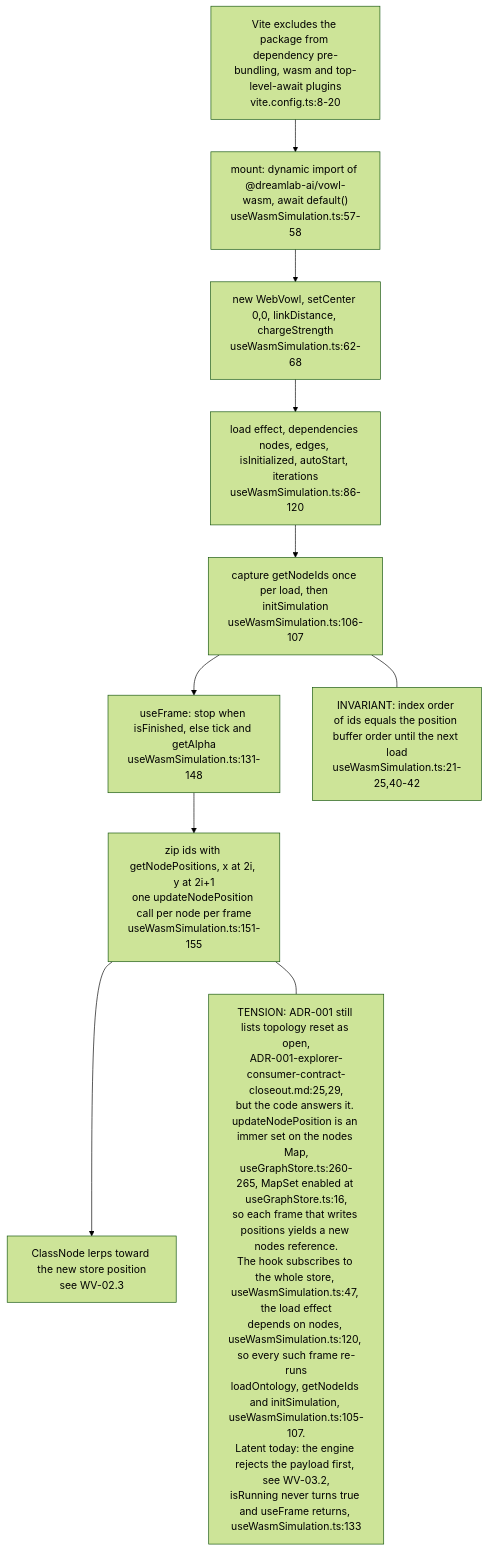
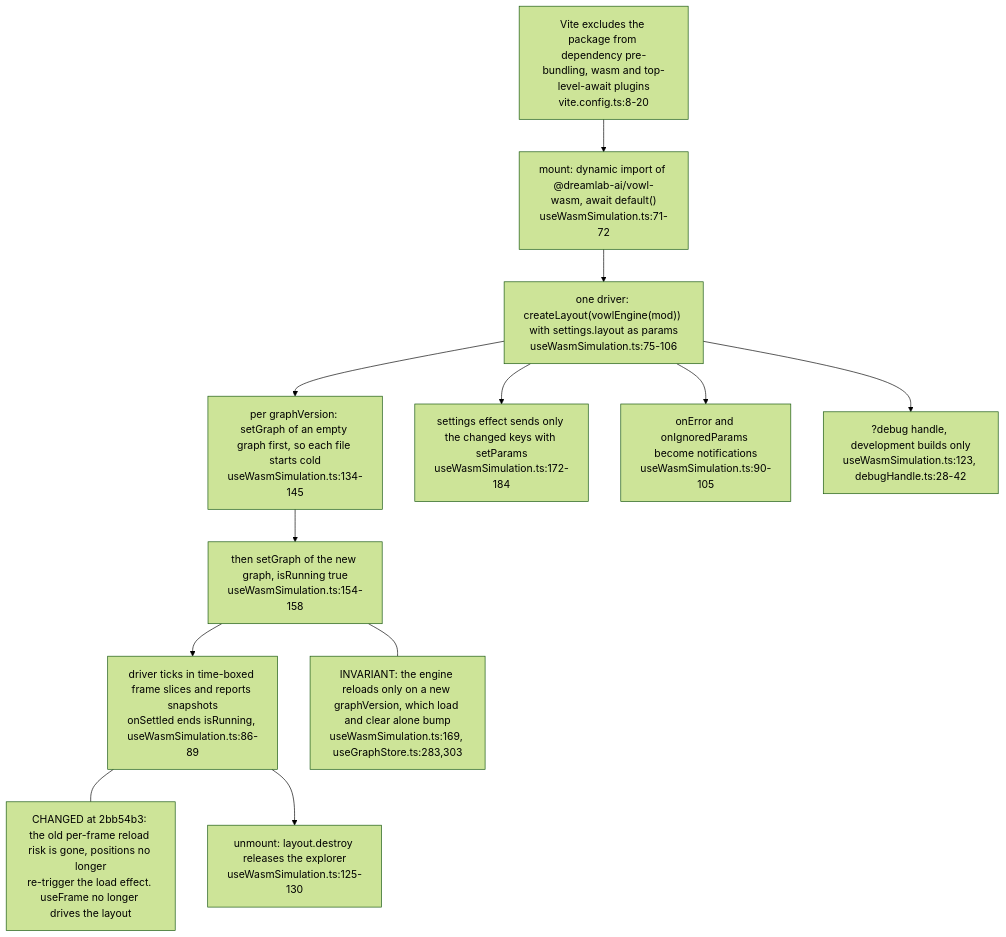
The third of 4 diagrams in docs/diagrams/wasmvowl/03-ontology-input-and-engine-boundary.md (DreamLab-AI/VisionFlow), drawn with Mermaid (forest theme) before and after one commit. The commit also changed other lines of this file and 4 other files, not shown here.

First line of the commit message:
docs(diagrams): wasmvowl re-verified at WasmVOWL 2bb54b3 (NggExplorer layout, camera, CI)

````diff
--- a/docs/diagrams/wasmvowl/03-ontology-input-and-engine-boundary.md
+++ b/docs/diagrams/wasmvowl/03-ontology-input-and-engine-boundary.md
@@ -74,14 +87,17 @@
 ```mermaid
 flowchart TB
-    I1["mount: dynamic import of @dreamlab-ai/vowl-wasm, await default()<br/>useWasmSimulation.ts:57-58"] --> I2["new WebVowl, setCenter 0,0, linkDistance, chargeStrength<br/>useWasmSimulation.ts:62-68"]
-    I2 --> L1["load effect, dependencies nodes, edges, isInitialized, autoStart, iterations<br/>useWasmSimulation.ts:86-120"]
-    L1 --> L2["capture getNodeIds once per load, then initSimulation<br/>useWasmSimulation.ts:106-107"]
-    L2 --> F1["useFrame: stop when isFinished, else tick and getAlpha<br/>useWasmSimulation.ts:131-148"]
-    F1 --> F2["zip ids with getNodePositions, x at 2i, y at 2i+1<br/>one updateNodePosition call per node per frame<br/>useWasmSimulation.ts:151-155"]
-    F2 --> F3["ClassNode lerps toward the new store position<br/>see WV-02.3"]
-    INV["INVARIANT: index order of ids equals the position buffer order until the next load<br/>useWasmSimulation.ts:21-25,40-42"]
-    OPEN1["TENSION: ADR-001 still lists topology reset as open,<br/>ADR-001-explorer-consumer-contract-closeout.md:25,29,<br/>but the code answers it. updateNodePosition is an immer set on the nodes Map,<br/>useGraphStore.ts:260-265, MapSet enabled at useGraphStore.ts:16,<br/>so each frame that writes positions yields a new nodes reference.<br/>The hook subscribes to the whole store, useWasmSimulation.ts:47, the load effect<br/>depends on nodes, useWasmSimulation.ts:120, so every such frame re-runs<br/>loadOntology, getNodeIds and initSimulation, useWasmSimulation.ts:105-107.<br/>Latent today: the engine rejects the payload first, see WV-03.2,<br/>isRunning never turns true and useFrame returns, useWasmSimulation.ts:133"]
+    V["Vite excludes the package from dependency pre-bundling, wasm and top-level-await plugins<br/>vite.config.ts:8-20"] --> I1
+    I1["mount: dynamic import of @dreamlab-ai/vowl-wasm, await default()<br/>useWasmSimulation.ts:71-72"] --> I2["one driver: createLayout(vowlEngine(mod)) with settings.layout as params<br/>useWasmSimulation.ts:75-106"]
+    I2 --> L1["per graphVersion: setGraph of an empty graph first, so each file starts cold<br/>useWasmSimulation.ts:134-145"]
+    L1 --> L2["then setGraph of the new graph, isRunning true<br/>useWasmSimulation.ts:154-158"]
+    L2 --> F1["driver ticks in time-boxed frame slices and reports snapshots<br/>onSettled ends isRunning, useWasmSimulation.ts:86-89"]
+    I2 --> S1["settings effect sends only the changed keys with setParams<br/>useWasmSimulation.ts:172-184"]
+    I2 --> ERR["onError and onIgnoredParams become notifications<br/>useWasmSimulation.ts:90-105"]
+    I2 --> DBG["?debug handle, development builds only<br/>useWasmSimulation.ts:123, debugHandle.ts:28-42"]
+    INV["INVARIANT: the engine reloads only on a new graphVersion, which load and clear alone bump<br/>useWasmSimulation.ts:169, useGraphStore.ts:283,303"]
     L2 --- INV
-    F2 --- OPEN1
-    V["Vite excludes the package from dependency pre-bundling, wasm and top-level-await plugins<br/>vite.config.ts:8-20"] --> I1
+    C1["CHANGED at 2bb54b3: the old per-frame reload risk is gone, positions no longer<br/>re-trigger the load effect. useFrame no longer drives the layout"]
+    F1 --- C1
+    END["unmount: layout.destroy releases the explorer<br/>useWasmSimulation.ts:125-130"]
+    F1 --> END
 ```
````
